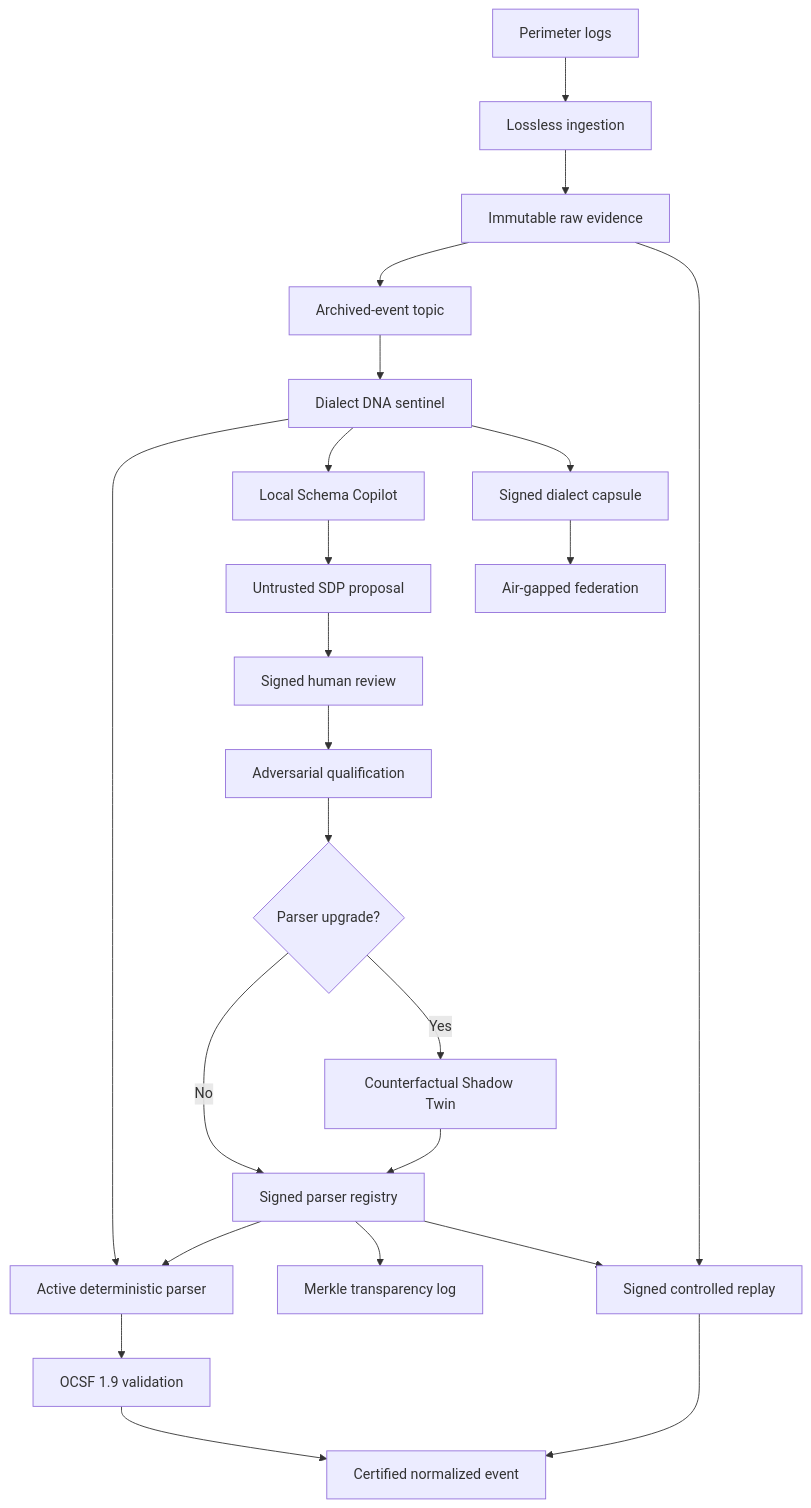
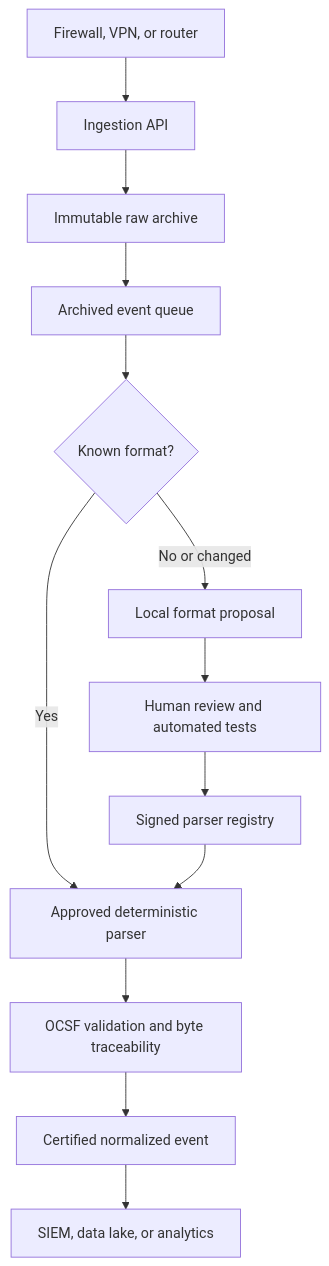
Before and after one commit to xaman27x/Drishti: the first of 2 diagrams in README.md, drawn with Mermaid. The commit also changed other lines of this file, not shown here.

````diff
--- a/README.md
+++ b/README.md
@@ -114,25 +31,15 @@
 ```mermaid
 flowchart TD
-    A[Perimeter logs] --> B[Lossless ingestion]
-    B --> C[Immutable raw evidence]
-    C --> D[Archived-event topic]
-    D --> N[Dialect DNA sentinel]
-    N --> E[Active deterministic parser]
-    N --> H
-    E --> F[OCSF 1.9 validation]
-    F --> G[Certified normalized event]
-    H[Local Schema Copilot] --> I[Untrusted SDP proposal]
-    I --> J[Signed human review]
-    J --> K[Adversarial qualification]
-    K --> S{Parser upgrade?}
-    S -->|No| L[Signed parser registry]
-    S -->|Yes| O[Counterfactual Shadow Twin]
-    O --> L
-    L --> E
-    L --> P[Merkle transparency log]
-    C --> M[Signed controlled replay]
-    L --> M
-    M --> G
-    N --> Q[Signed dialect capsule]
-    Q --> R[Air-gapped federation]
+    A[Firewall, VPN, or router] --> B[Ingestion API]
+    B --> C[Immutable raw archive]
+    C --> D[Archived event queue]
+    D --> E{Known format?}
+    E -->|Yes| F[Approved deterministic parser]
+    E -->|No or changed| G[Local format proposal]
+    G --> H[Human review and automated tests]
+    H --> I[Signed parser registry]
+    I --> F
+    F --> J[OCSF validation and byte traceability]
+    J --> K[Certified normalized event]
+    K --> L[SIEM, data lake, or analytics]
 ```
````
